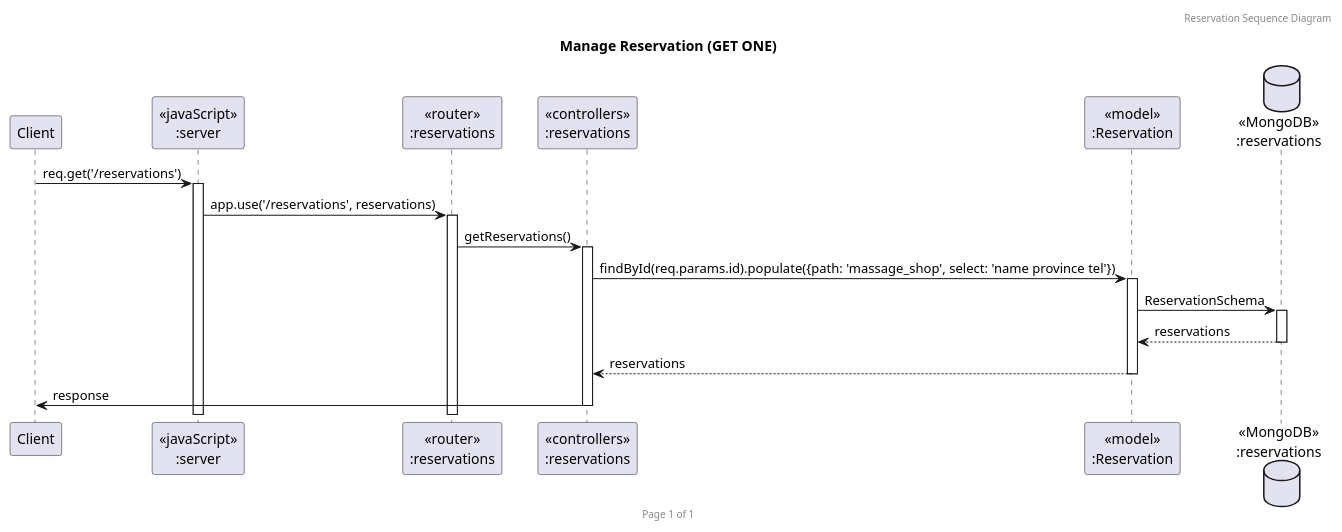
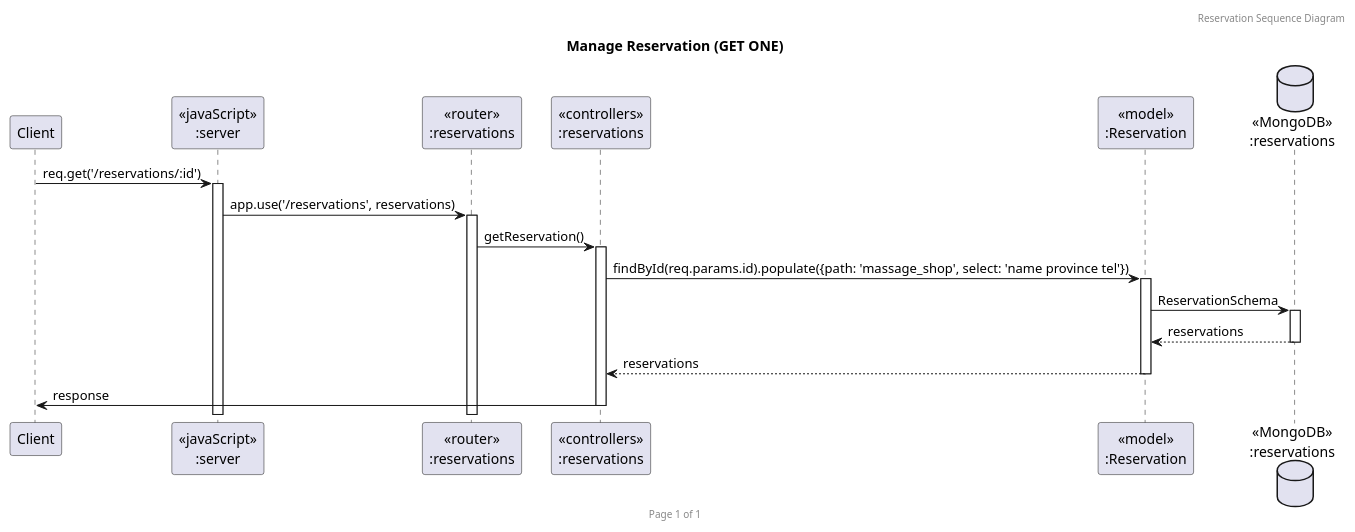
Before and after one commit to 2110503TACEDT66/presentation-day-1-organic-soi-ju: the diagram in GetOneRes.puml, drawn with PlantUML. The commit also changed 1 other file, not shown here.

Commit message:
Seq. Diagram fixes

```diff
--- a/GetOneRes.puml
+++ b/GetOneRes.puml
@@ -1,23 +1,23 @@
 @startuml Manage Reservation (GET ONE)
 
 header Reservation Sequence Diagram
 footer Page %page% of %lastpage%
 title "Manage Reservation (GET ONE)"
 
 participant "Client" as client
 participant "<<javaScript>>\n:server" as server
 participant "<<router>>\n:reservations" as routerReservations
 participant "<<controllers>>\n:reservations" as controllersReservations
 participant "<<model>>\n:Reservation" as modelReservation
 database "<<MongoDB>>\n:reservations" as ReservationsDatabase
 
-client->server ++:req.get('/reservations')
+client->server ++:req.get('/reservations/:id')
 server->routerReservations ++:app.use('/reservations', reservations)
-routerReservations -> controllersReservations ++:getReservations()
+routerReservations -> controllersReservations ++:getReservation()
 controllersReservations -> modelReservation ++: findById(req.params.id).populate({path: 'massage_shop', select: 'name province tel'})
 modelReservation ->ReservationsDatabase ++: ReservationSchema
 ReservationsDatabase --> modelReservation --: reservations
 controllersReservations <-- modelReservation --:reservations
 controllersReservations->client --:response
 
 @enduml
```
